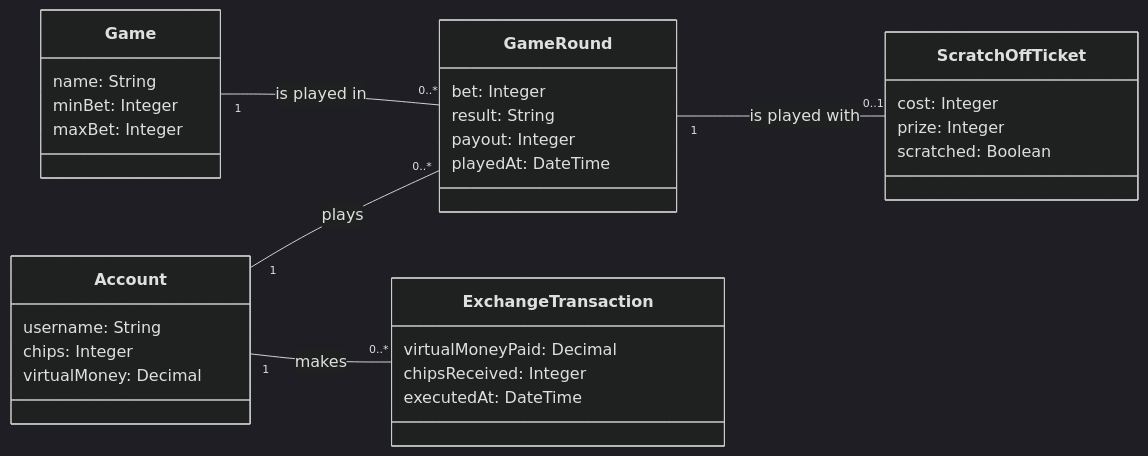
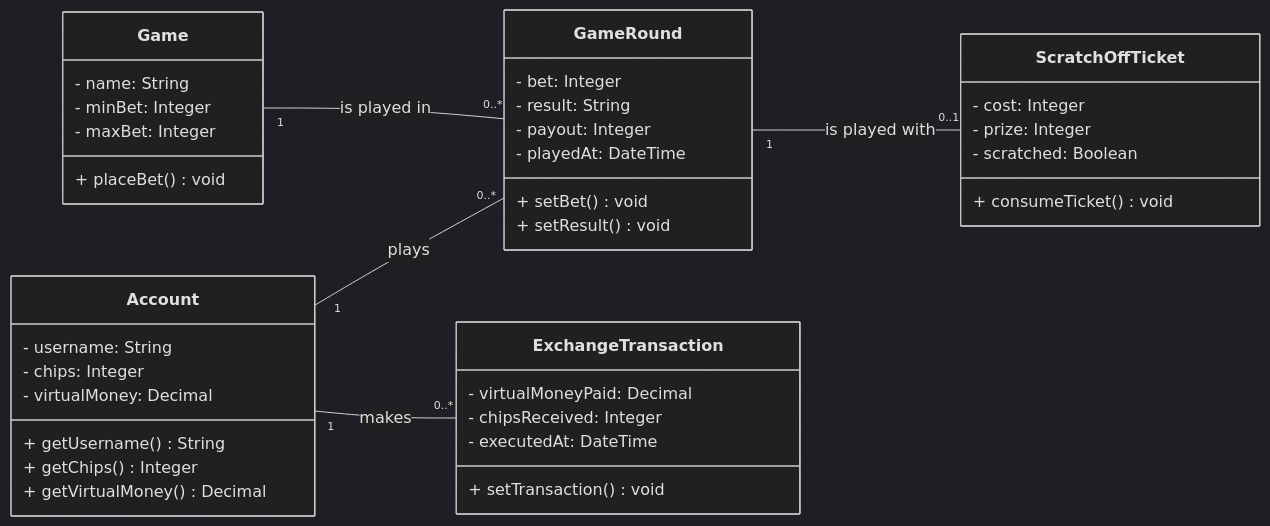
One commit to deadbeef-alo/CloverStack changed the diagram in docs/domain_model.md. Above: the diagram before and after it, drawn with Mermaid (dark theme).

Commit message:
Task 5: Add functions and visibility

````diff
--- a/docs/domain_model.md
+++ b/docs/domain_model.md
@@ -6,36 +6,44 @@
 ```mermaid
 classDiagram
     direction LR
  
     class Account {
-        username: String
-        chips: Integer
-        virtualMoney: Decimal
+        - username: String
+        - chips: Integer
+        - virtualMoney: Decimal
+        + getUsername() String
+        + getChips() Integer
+        + getVirtualMoney() Decimal
     }
     class Game {
-        name: String
-        minBet: Integer
-        maxBet: Integer
+        - name: String
+        - minBet: Integer
+        - maxBet: Integer
+        + placeBet() void
     }
     class GameRound {
-        bet: Integer
-        result: String
-        payout: Integer
-        playedAt: DateTime
+        - bet: Integer
+        - result: String
+        - payout: Integer
+        - playedAt: DateTime
+        + setBet() void
+        + setResult() void
     }
     class ScratchOffTicket {
-        cost: Integer
-        prize: Integer
-        scratched: Boolean
+        - cost: Integer
+        - prize: Integer
+        - scratched: Boolean
+        + consumeTicket() void
     }
     class ExchangeTransaction {
-        virtualMoneyPaid: Decimal
-        chipsReceived: Integer
-        executedAt: DateTime
+        - virtualMoneyPaid: Decimal
+        - chipsReceived: Integer
+        - executedAt: DateTime
+        + setTransaction() void
     }
  
     Account "1" -- "0..*" GameRound : plays
     Game "1" -- "0..*" GameRound : is played in
     GameRound "1" -- "0..1" ScratchOffTicket : is played with
     Account "1" -- "0..*" ExchangeTransaction : makes
 ```
````
